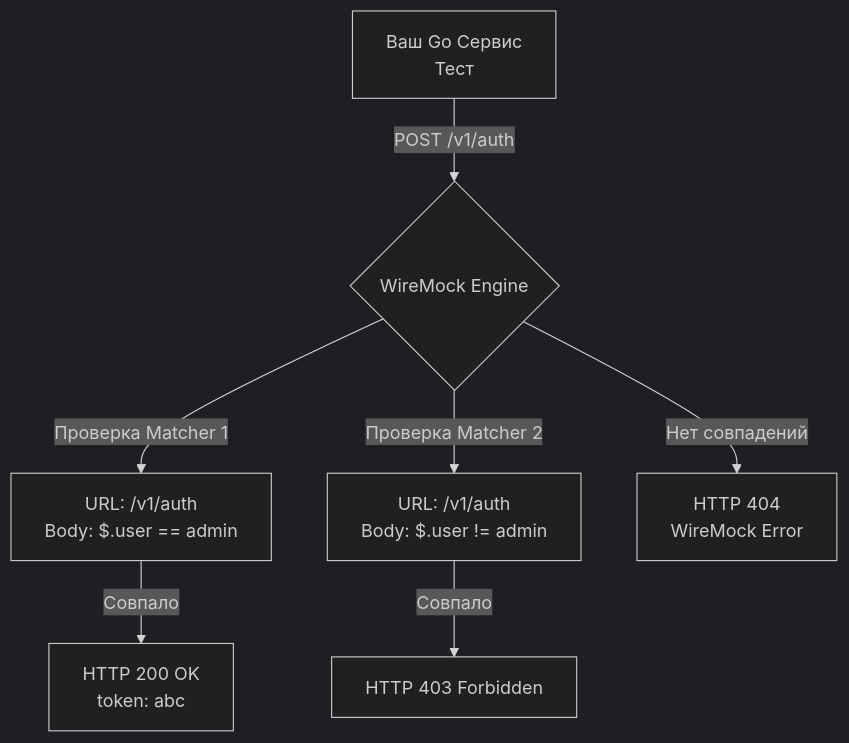
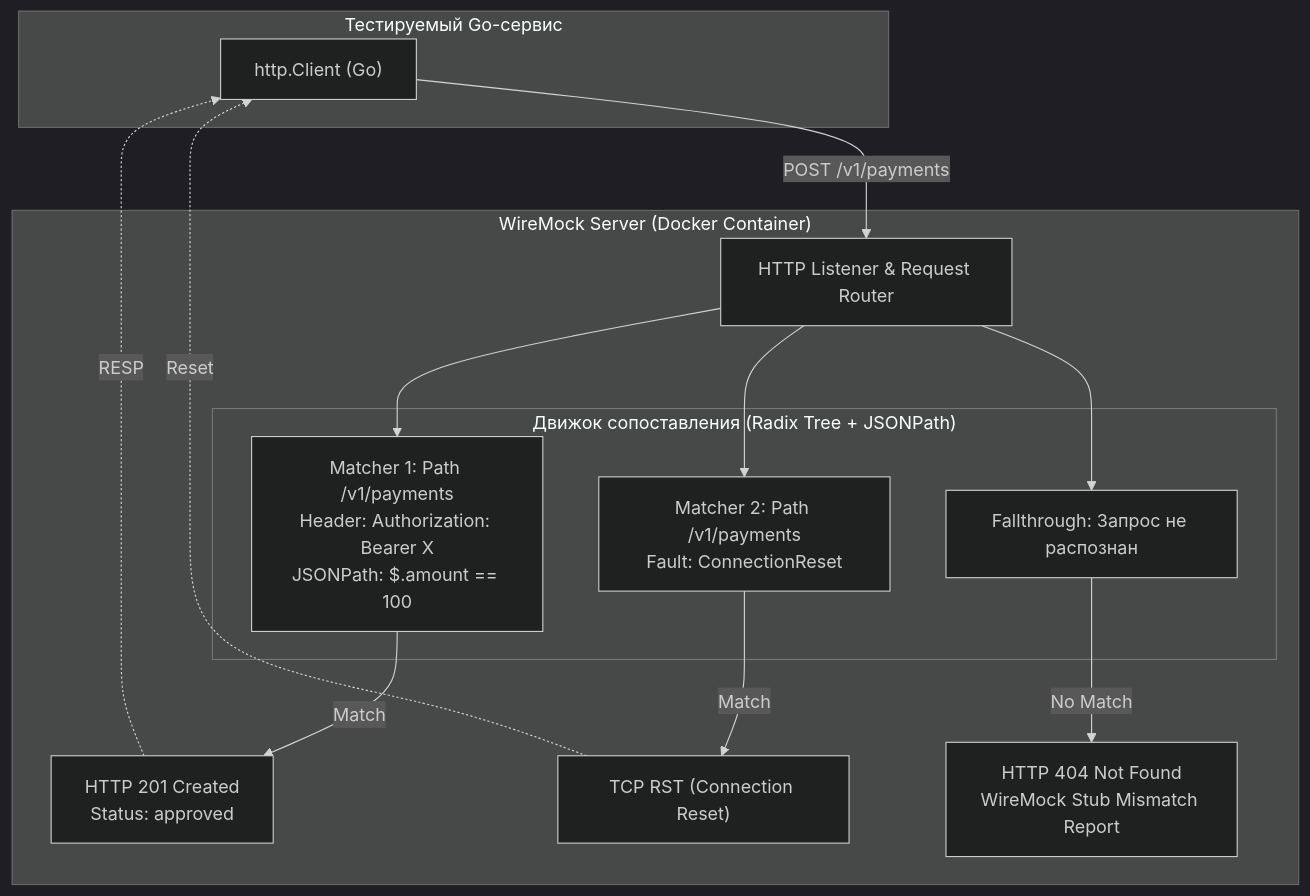
One commit to UnrealTemplier/go-textbook changed the diagram in sources/15. Тестирование в Go (QA & Testing)/05. Интеграционные тесты/10. Wiremock и HTTP mocking.md. Above: the diagram before and after it, drawn with Mermaid (dark theme). The commit also changed other lines of this file, not shown here.

Commit message:
feat(module-15): editorial rewrite of lecture 10 (Wiremock и HTTP mocking) in Subsection 5 in Kernighan style

````diff
--- a/sources/15. Тестирование в Go (QA & Testing)/05. Интеграционные тесты/10. Wiremock и HTTP mocking.md
+++ b/sources/15. Тестирование в Go (QA & Testing)/05. Интеграционные тесты/10. Wiremock и HTTP mocking.md
@@ -24,12 +34,32 @@
 ```mermaid
 flowchart TD
-    A["Ваш Go Сервис<br>Тест"] -->|"POST /v1/auth"| B{"WireMock Engine"}
-    
-    B -->|"Проверка Matcher 1"| C["URL: /v1/auth<br>Body: $.user == admin"]
-    C -->|"Совпало"| D["HTTP 200 OK<br>token: abc"]
-    
-    B -->|"Проверка Matcher 2"| E["URL: /v1/auth<br>Body: $.user != admin"]
-    E -->|"Совпало"| F["HTTP 403 Forbidden"]
-    
-    B -->|"Нет совпадений"| G["HTTP 404<br>WireMock Error"]
+    subgraph TestApp["Тестируемый Go-сервис"]
+        Client["http.Client (Go)"]
+    end
+
+    subgraph WireMockEngine["WireMock Server (Docker Container)"]
+        Router["HTTP Listener & Request Router"]
+        
+        subgraph MatchingPipeline["Движок сопоставления (Radix Tree + JSONPath)"]
+            M1["Matcher 1: Path /v1/payments<br>Header: Authorization: Bearer X<br>JSONPath: $.amount == 100"]
+            M2["Matcher 2: Path /v1/payments<br>Fault: ConnectionReset"]
+            MDefault["Fallthrough: Запрос не распознан"]
+        end
+
+        Router --> M1
+        Router --> M2
+        Router --> MDefault
+
+        Resp1["HTTP 201 Created<br>Status: approved"]
+        Resp2["TCP RST (Connection Reset)"]
+        Resp404["HTTP 404 Not Found<br>WireMock Stub Mismatch Report"]
+
+        M1 -->|"Match"| Resp1
+        M2 -->|"Match"| Resp2
+        MDefault -->|"No Match"| Resp404
+    end
+
+    Client -->|"POST /v1/payments"| Router
+    Resp1 -.->|"RESP"| Client
+    Resp2 -.->|"Reset"| Client
 ```
````
